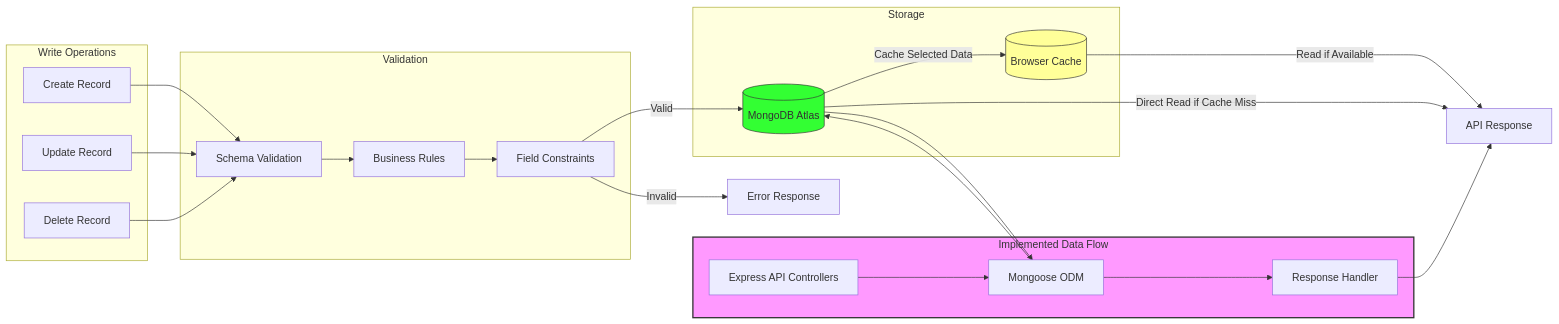
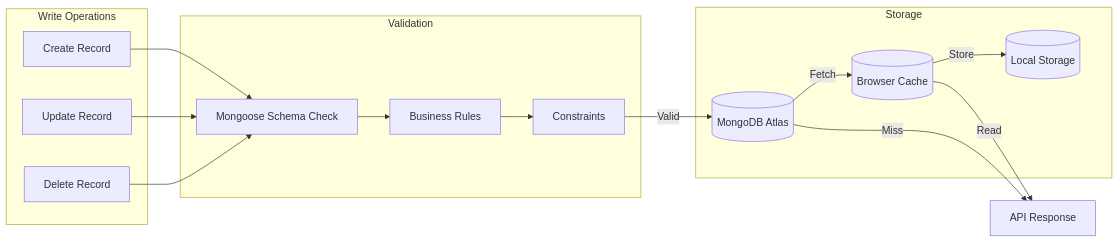
One commit to Austinkuria/attendance-system changed the sixth of 6 diagrams in documentation.md. Above: the diagram before and after it, drawn with Mermaid. The commit also changed other lines of this file and 1 other file, not shown here.

````diff
--- a/documentation.md
+++ b/documentation.md
@@ -279,47 +394,31 @@
 ```mermaid
 flowchart LR
     subgraph Write_Operations[Write Operations]
         Create[Create Record]
         Update[Update Record]
         Delete[Delete Record]
     end
     
     subgraph Validation
-        Schema[Schema Validation]
+        Schema[Mongoose Schema Check]
         Rules[Business Rules]
-        Constraints[Field Constraints]
+        Constraints[Constraints]
     end
     
     subgraph Storage
-        MongoDB[(MongoDB Atlas)]
-        LocalCache[(Browser Cache)]
+        Primary[(MongoDB Atlas)]
+        Cache[(Browser Cache)]
+        LocalStorage[(Local Storage)]
     end
     
     Create & Update & Delete --> Schema
     Schema --> Rules
     Rules --> Constraints
     
-    Constraints -->|Valid| MongoDB
-    Constraints -->|Invalid| ErrorHandling[Error Response]
+    Constraints -->|Valid| Primary
+    Primary -->|Fetch| Cache
+    Cache -->|Store| LocalStorage
     
-    MongoDB -->|Cache Selected Data| LocalCache
-    
-    LocalCache -->|Read if Available| API_Response[API Response]
-    MongoDB -->|Direct Read if Cache Miss| API_Response
-    
-    subgraph ActualImplementation[Implemented Data Flow]
-        ExpressAPI[Express API Controllers]
-        MongooseODM[Mongoose ODM]
-        ResponseHandler[Response Handler]
-    end
-    
-    ExpressAPI --> MongooseODM
-    MongooseODM --> MongoDB
-    MongoDB --> MongooseODM
-    MongooseODM --> ResponseHandler
-    ResponseHandler --> API_Response
-    
-    style ActualImplementation fill:#f9f,stroke:#333,stroke-width:2px
-    style MongoDB fill:#3f3,stroke:#333,stroke-width:1px
-    style LocalCache fill:#ff9,stroke:#333,stroke-width:1px
+    Cache -->|Read| API_Response[API Response]
+    Primary -->|Miss| API_Response
 ```
````
